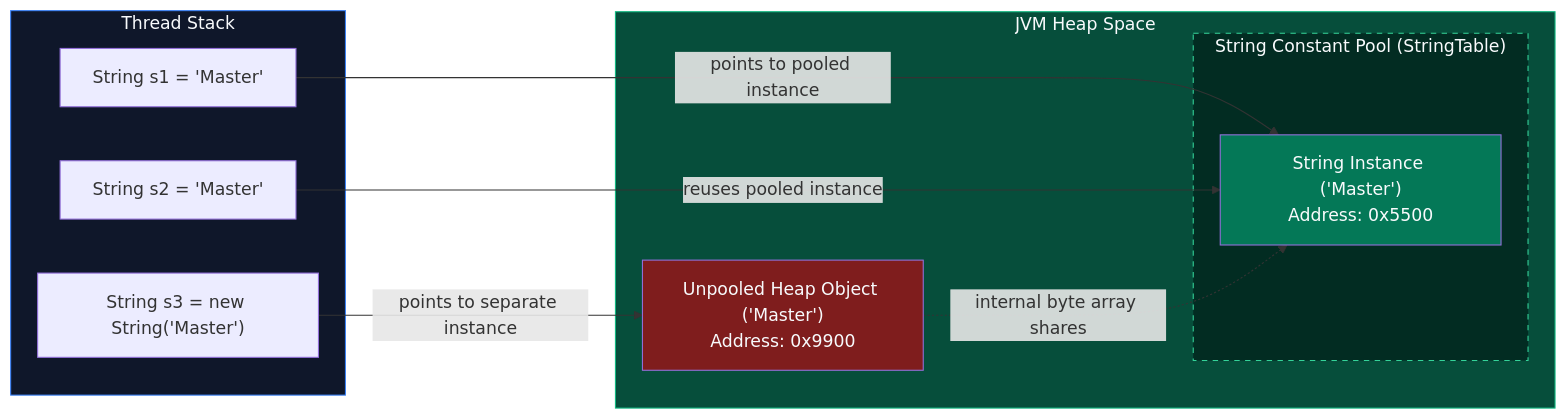
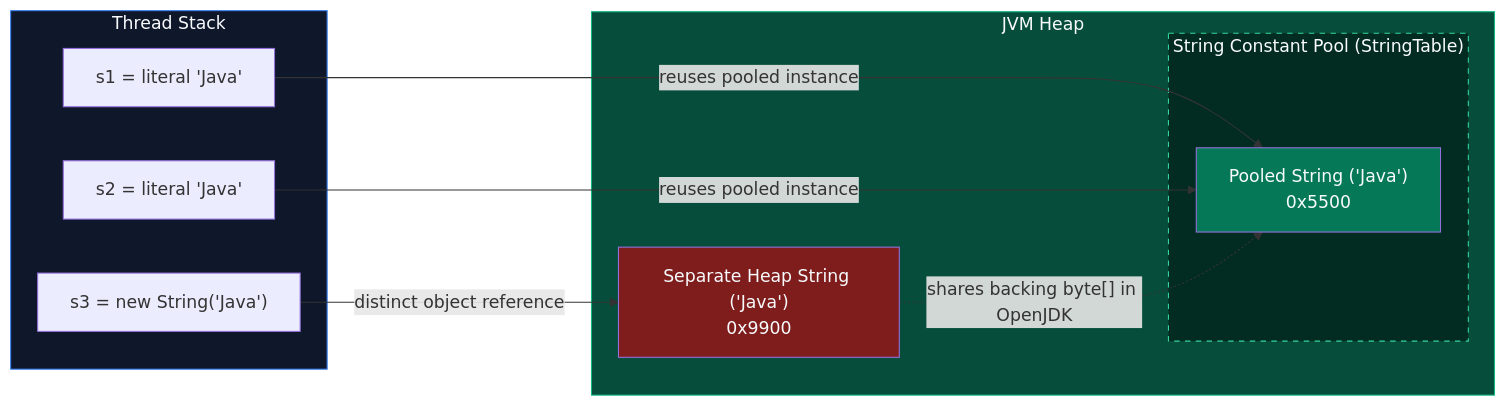
The second of 2 diagrams in content/roadmap/level-2/the-string-constant-pool-stringbuilders.md (ravishankar2463/java_hub), drawn with Mermaid before and after one commit. The commit also changed other lines of this file and 119 other files, not shown here.

Commit message:
feat: add comprehensive java learning roadmap content across multiple levels

````diff
--- a/content/roadmap/level-2/the-string-constant-pool-stringbuilders.md
+++ b/content/roadmap/level-2/the-string-constant-pool-stringbuilders.md
@@ -65,26 +72,26 @@
 ```mermaid
 flowchart LR
     subgraph Stack ["Thread Stack"]
-        RefA["String s1 = 'Master'"]
-        RefB["String s2 = 'Master'"]
-        RefC["String s3 = new String('Master')"]
+        RefA["s1 = literal 'Java'"]
+        RefB["s2 = literal 'Java'"]
+        RefC["s3 = new String('Java')"]
     end
 
-    subgraph Heap ["JVM Heap Space"]
+    subgraph Heap ["JVM Heap"]
         subgraph Pool ["String Constant Pool (StringTable)"]
-            Shared["String Instance ('Master')<br/>Address: 0x5500"]
+            Shared["Pooled String ('Java')<br/>0x5500"]
         end
-        Wasted["Unpooled Heap Object ('Master')<br/>Address: 0x9900"]
+        Separate["Separate Heap String ('Java')<br/>0x9900"]
     end
 
-    RefA -->|"points to pooled instance"| Shared
+    RefA -->|"reuses pooled instance"| Shared
     RefB -->|"reuses pooled instance"| Shared
-    RefC -->|"points to separate instance"| Wasted
-    Wasted -.->|"internal byte array shares"| Shared
+    RefC -->|"distinct object reference"| Separate
+    Separate -.->|"shares backing byte[] in OpenJDK"| Shared
 
     style Stack fill:#0f172a,stroke:#3b82f6,color:#f8fafc
     style Heap fill:#064e3b,stroke:#10b981,color:#f8fafc
     style Pool fill:#022c22,stroke:#34d399,stroke-dasharray: 5 5,color:#f8fafc
     style Shared fill:#047857,color:#f8fafc
-    style Wasted fill:#7f1d1d,color:#f8fafc
+    style Separate fill:#7f1d1d,color:#f8fafc
 ```
````
